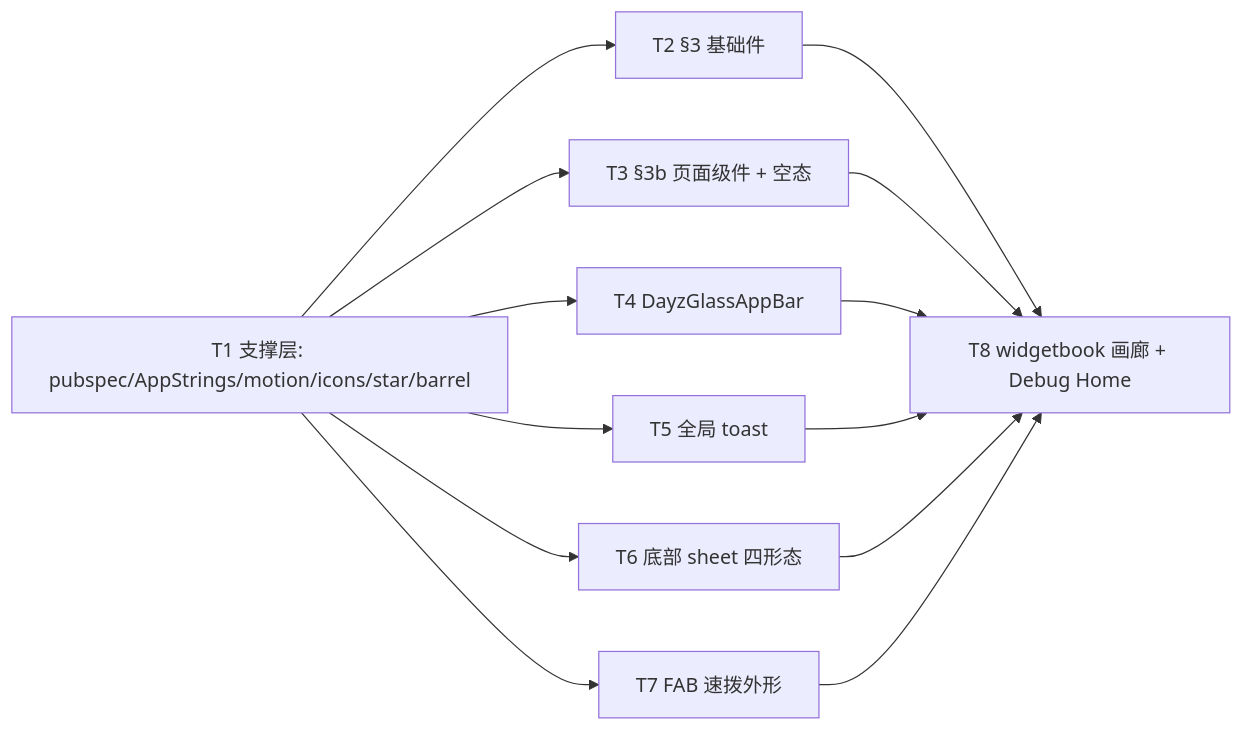
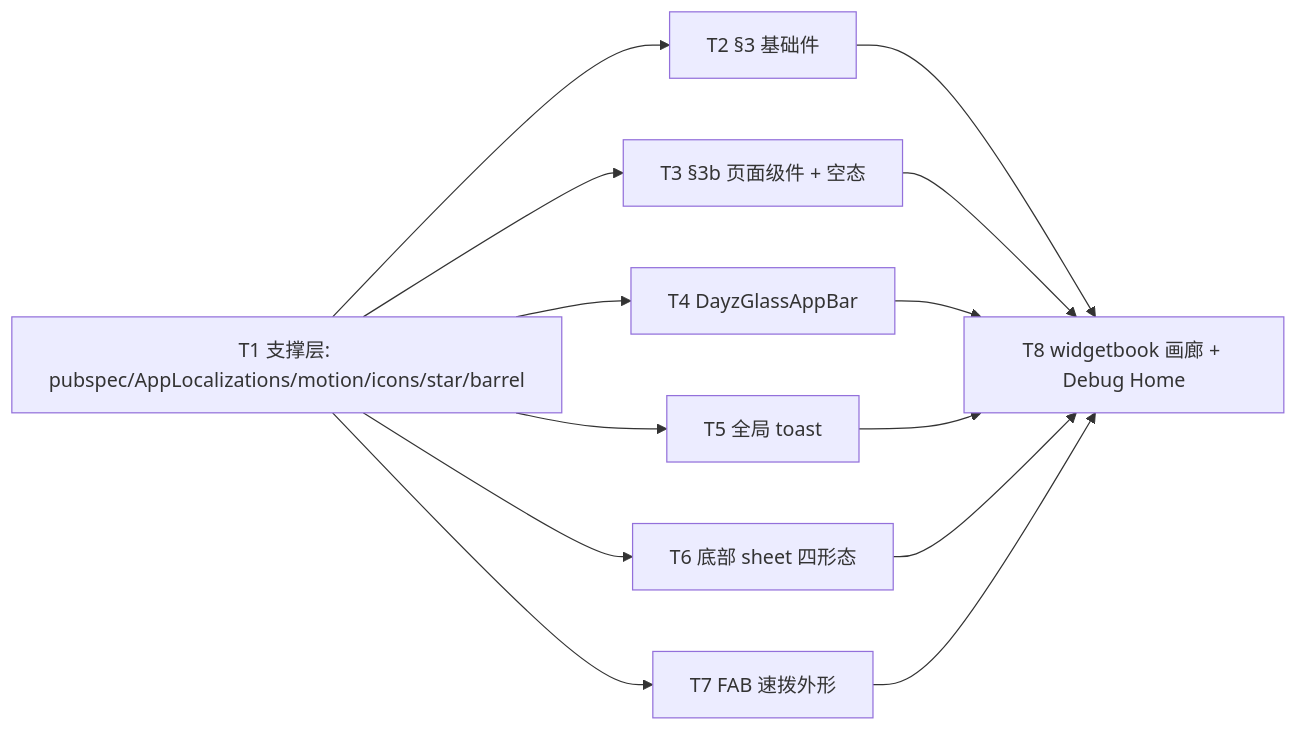
One commit to cr1992/DayZ changed the diagram in specs/active/ui-kit-components/tasks.md. Above: the diagram before and after it, drawn with Mermaid. The commit also changed other lines of this file and 104 other files, not shown here.

````diff
--- a/specs/active/ui-kit-components/tasks.md
+++ b/specs/active/ui-kit-components/tasks.md
@@ -13,15 +13,15 @@
 ```mermaid
 graph LR
-  T1[T1 支撑层: pubspec/AppStrings/motion/icons/star/barrel] --> T2[T2 §3 基础件]
+  T1[T1 支撑层: pubspec/AppLocalizations/motion/icons/star/barrel] --> T2[T2 §3 基础件]
   T1 --> T3[T3 §3b 页面级件 + 空态]
   T1 --> T4[T4 DayzGlassAppBar]
   T1 --> T5[T5 全局 toast]
   T1 --> T6[T6 底部 sheet 四形态]
   T1 --> T7[T7 FAB 速拨外形]
   T2 --> T8[T8 widgetbook 画廊 + Debug Home]
   T3 --> T8
   T4 --> T8
   T5 --> T8
   T6 --> T8
   T7 --> T8
 ```
````
